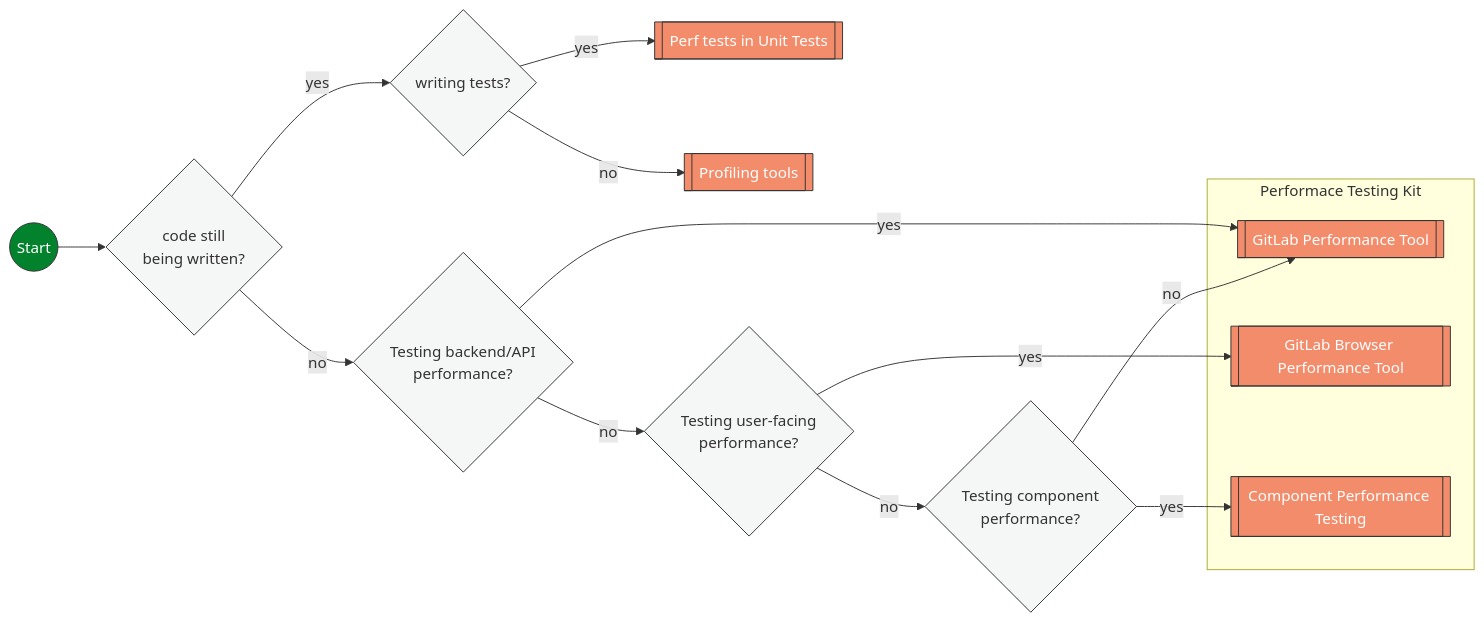
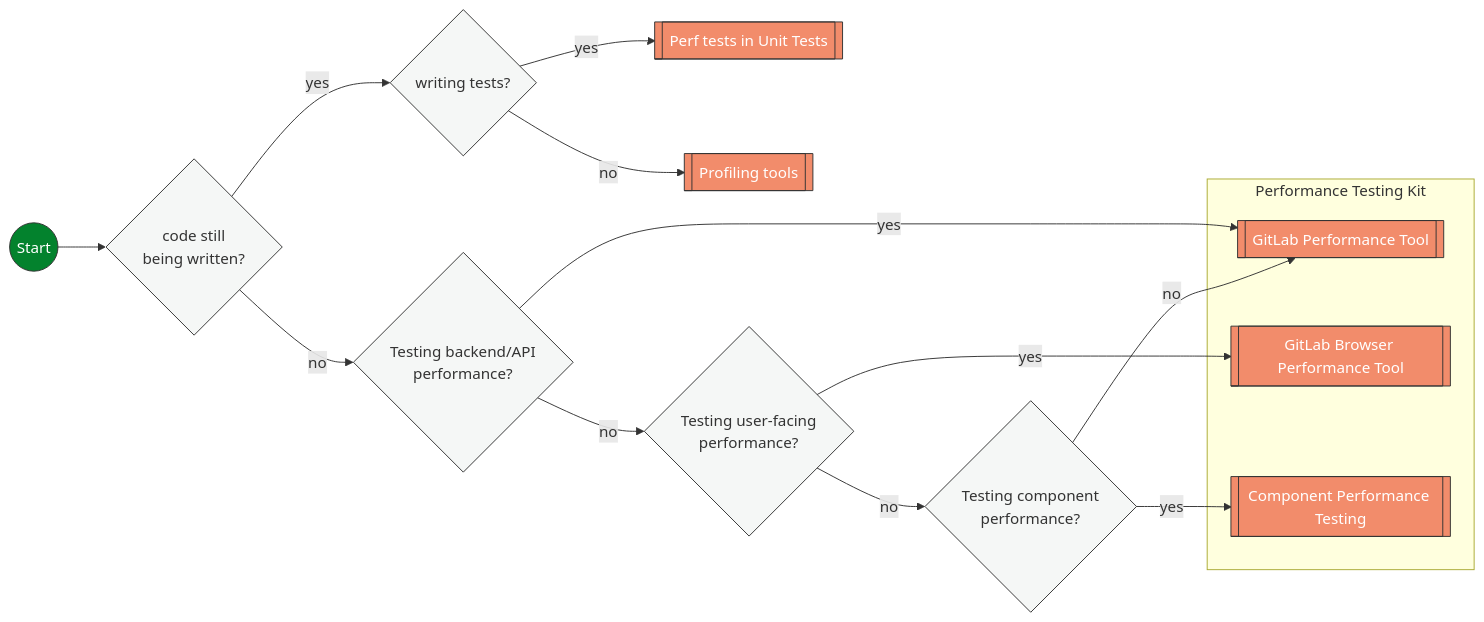
Before and after one commit to zalyoung/gitlab-handbook: the diagram in content/handbook/engineering/testing/performance.md, drawn with Mermaid.

Commit message:
More styling improvments

````diff
--- a/content/handbook/engineering/testing/performance.md
+++ b/content/handbook/engineering/testing/performance.md
@@ -9,47 +9,58 @@
 ```mermaid
 flowchart LR
-  START((Start))
-
-  subgraph "Performace Testing Kit"
+  subgraph "Performance Testing Kit"
     GPT[[GitLab Performance Tool]]
     GBPT[[GitLab Browser Performance Tool]]
     CPT[[Component Performance Testing]]
   end
 
+  START((Start))
   UNIT[[Perf tests in Unit Tests]]
   PROFILE[[Profiling tools]]
 
   SPECS{writing tests?}
   BUILT{code still\nbeing written?}
   UI{Testing user-facing\nperformance?}
   ENV{Testing backend/API\nperformance?}
   COMPONENT{Testing component\nperformance?}
 
   START --> BUILT
   BUILT -- no --> ENV
   BUILT -- yes --> SPECS
   SPECS -- yes --> UNIT
   SPECS -- no --> PROFILE
 
   UI -- yes --> GBPT
   UI -- no --> COMPONENT
 
   COMPONENT -- yes --> CPT
   COMPONENT -- no --> GPT
 
   ENV -- yes --> GPT
   ENV -- no --> UI
 
+  %% Class definition
   classDef decision fill:#f5f7f6,stroke:#333,stroke-width:1px,rx:5px;
   classDef tool fill:#F28C6B,stroke:#333,stroke-width:1px,color:white,rx:5px;
   classDef start fill:#03822d,stroke:#333,stroke-width:1px,color:white,rx:10px;
 
   class UI,ENV,BUILT,COMPONENT,SPECS decision;
   class GBPT,CPT,GPT,PROFILE,UNIT tool;
   class START start;
 
-  click GPT "#system-level-load-testing" "load testing tool"
-  click GBPT "#client-side-performance-testing"
-  click CPT "#component-performance-testing"
-  click PROFILE "#profiling"
+  %% Tool tooltips with links
+  click GPT "#system-level-load-testing" "GitLab Performance Tool - Load testing for GitLab instances and reference architectures"
+  click GBPT "#client-side-performance-testing" "Browser performance testing using SiteSpeed.io to measure user-facing performance"
+  click CPT "#component-performance-testing" "Load testing for specific subsystems or components like Gitaly"
+  click PROFILE "#profiling" "Ruby profiling tools: ruby-prof, stackprof, memory_profiler, rbspy, and others"
+
+  %% Decision node tooltips
+  click BUILT "javascript:void(0)" "Is the code/feature still under active development? Use early-stage performance tools if yes."
+  click SPECS "javascript:void(0)" "Are you writing new test specifications or adding performance assertions to existing tests?"
+  click UI "javascript:void(0)" "Are you primarily testing user-facing performance like page load times and UI responsiveness?"
+  click ENV "javascript:void(0)" "Are you testing server-side performance like API response times, database queries, or system throughput?"
+  click COMPONENT "javascript:void(0)" "Are you testing an isolated component or subsystem rather than the full GitLab application?"
+
+  %% Unit testing tooltip
+  click UNIT "javascript:void(0)" "Add performance assertions and benchmarks directly within your unit test suite for fast feedback"
 ```
````
